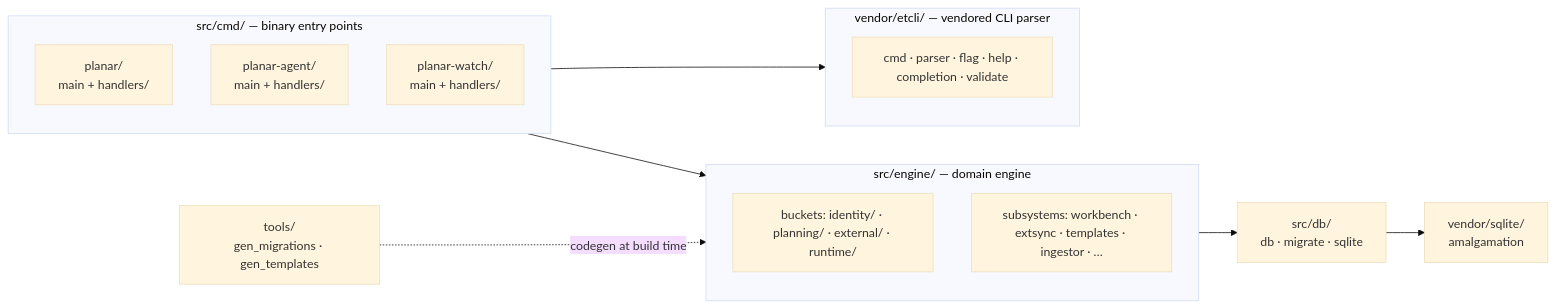
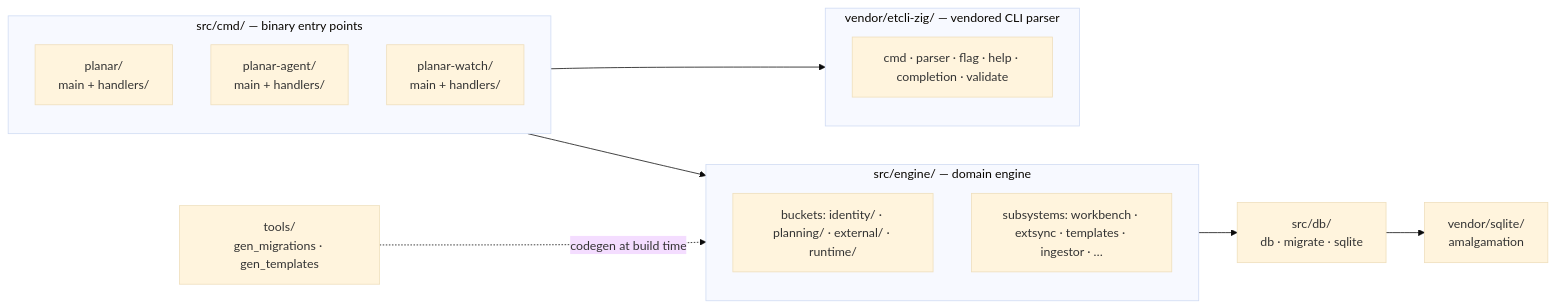
Before and after one commit to rdrsss/planar: the second of 2 diagrams in docs/architecture.md, drawn with Mermaid (base theme). The commit also changed other lines of this file and 56 other files, not shown here.

````diff
--- a/docs/architecture.md
+++ b/docs/architecture.md
@@ -285,27 +285,27 @@
 ```mermaid
 flowchart LR
     subgraph CMD["src/cmd/ — binary entry points"]
         P["planar/<br/>main + handlers/"]
         PA["planar-agent/<br/>main + handlers/"]
         PW["planar-watch/<br/>main + handlers/"]
     end
 
-    subgraph CLI["vendor/etcli/ — vendored CLI parser"]
+    subgraph CLI["vendor/etcli-zig/ — vendored CLI parser"]
         CLI1["cmd · parser · flag · help · completion · validate"]
     end
 
     subgraph ENG["src/engine/ — domain engine"]
         EB["buckets: identity/ · planning/ · external/ · runtime/"]
         ES["subsystems: workbench · extsync · templates · ingestor · …"]
     end
 
     DBM["src/db/<br/>db · migrate · sqlite"]
     TOOLS["tools/<br/>gen_migrations · gen_templates"]
     VEND["vendor/sqlite/<br/>amalgamation"]
 
     CMD --> CLI
     CMD --> ENG
     ENG --> DBM
     DBM --> VEND
     TOOLS -.->|codegen at build time| ENG
 ```
````
